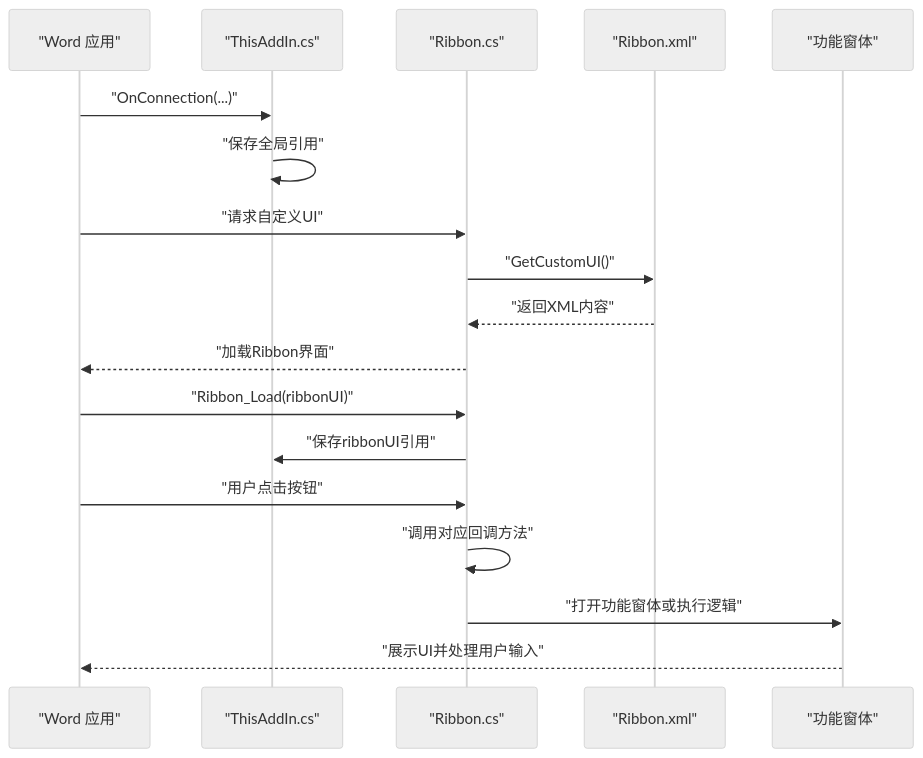
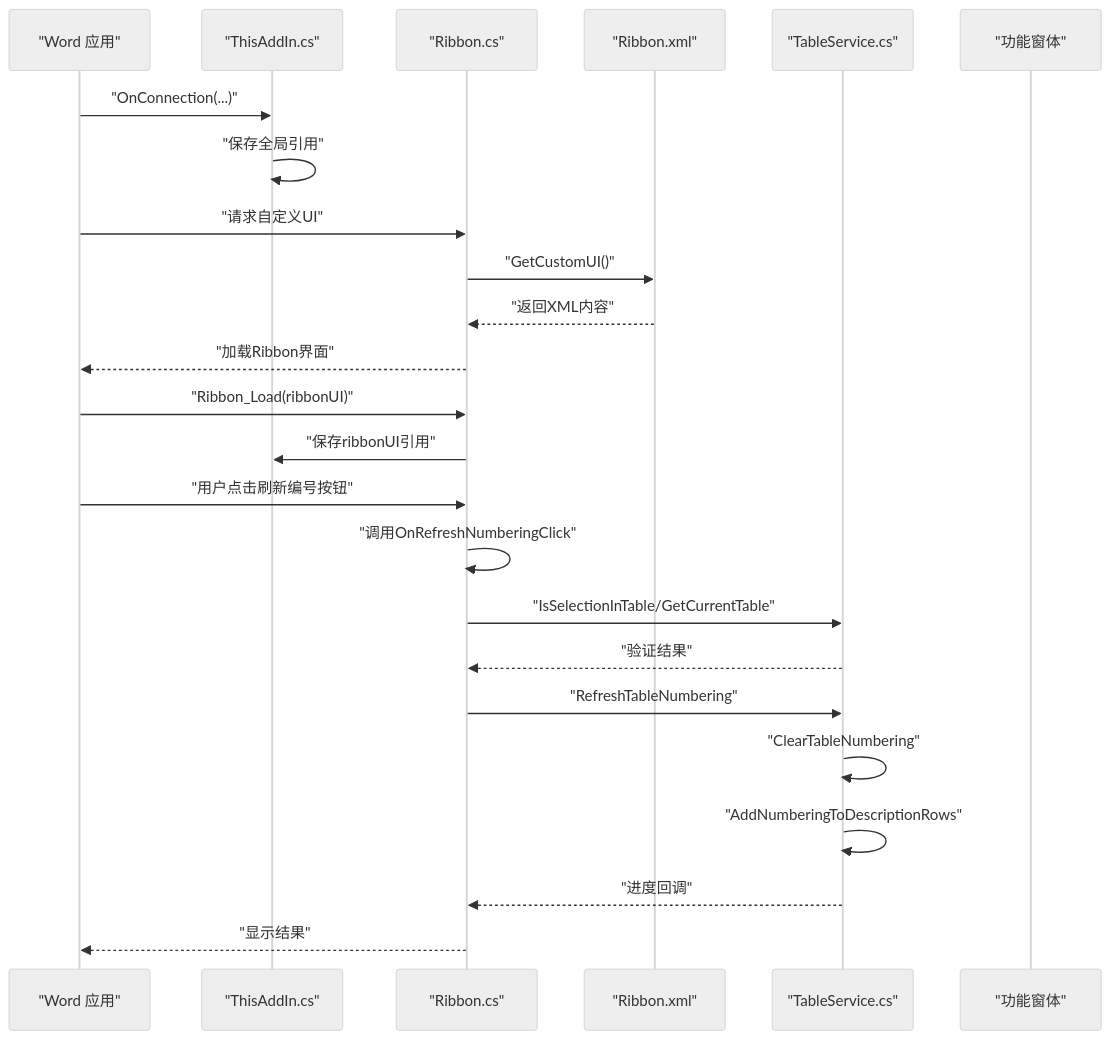
One commit to rainiva/WordTools changed the second of 12 diagrams in .qoder/repowiki/zh/content/架构设计/Ribbon界面系统.md. Above: the diagram before and after it, drawn with Mermaid (neutral theme). The commit also changed other lines of this file and 12 other files, not shown here.

````diff
--- a/.qoder/repowiki/zh/content/架构设计/Ribbon界面系统.md
+++ b/.qoder/repowiki/zh/content/架构设计/Ribbon界面系统.md
@@ -83,20 +101,26 @@
 ```mermaid
 sequenceDiagram
 participant Word as "Word 应用"
 participant AddIn as "ThisAddIn.cs"
 participant Ribbon as "Ribbon.cs"
 participant XML as "Ribbon.xml"
+participant TableService as "TableService.cs"
 participant Form as "功能窗体"
 Word->>AddIn : "OnConnection(...)"
 AddIn->>AddIn : "保存全局引用"
 Word->>Ribbon : "请求自定义UI"
 Ribbon->>XML : "GetCustomUI()"
 XML-->>Ribbon : "返回XML内容"
 Ribbon-->>Word : "加载Ribbon界面"
 Word->>Ribbon : "Ribbon_Load(ribbonUI)"
 Ribbon->>AddIn : "保存ribbonUI引用"
-Word->>Ribbon : "用户点击按钮"
-Ribbon->>Ribbon : "调用对应回调方法"
-Ribbon->>Form : "打开功能窗体或执行逻辑"
-Form-->>Word : "展示UI并处理用户输入"
+Word->>Ribbon : "用户点击刷新编号按钮"
+Ribbon->>Ribbon : "调用OnRefreshNumberingClick"
+Ribbon->>TableService : "IsSelectionInTable/GetCurrentTable"
+TableService-->>Ribbon : "验证结果"
+Ribbon->>TableService : "RefreshTableNumbering"
+TableService->>TableService : "ClearTableNumbering"
+TableService->>TableService : "AddNumberingToDescriptionRows"
+TableService-->>Ribbon : "进度回调"
+Ribbon-->>Word : "显示结果"
 ```
````
